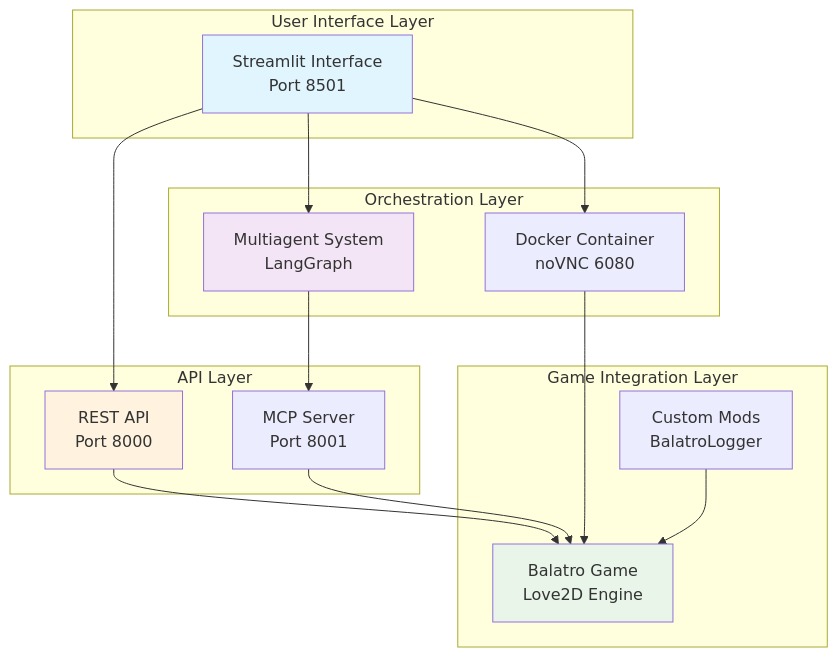
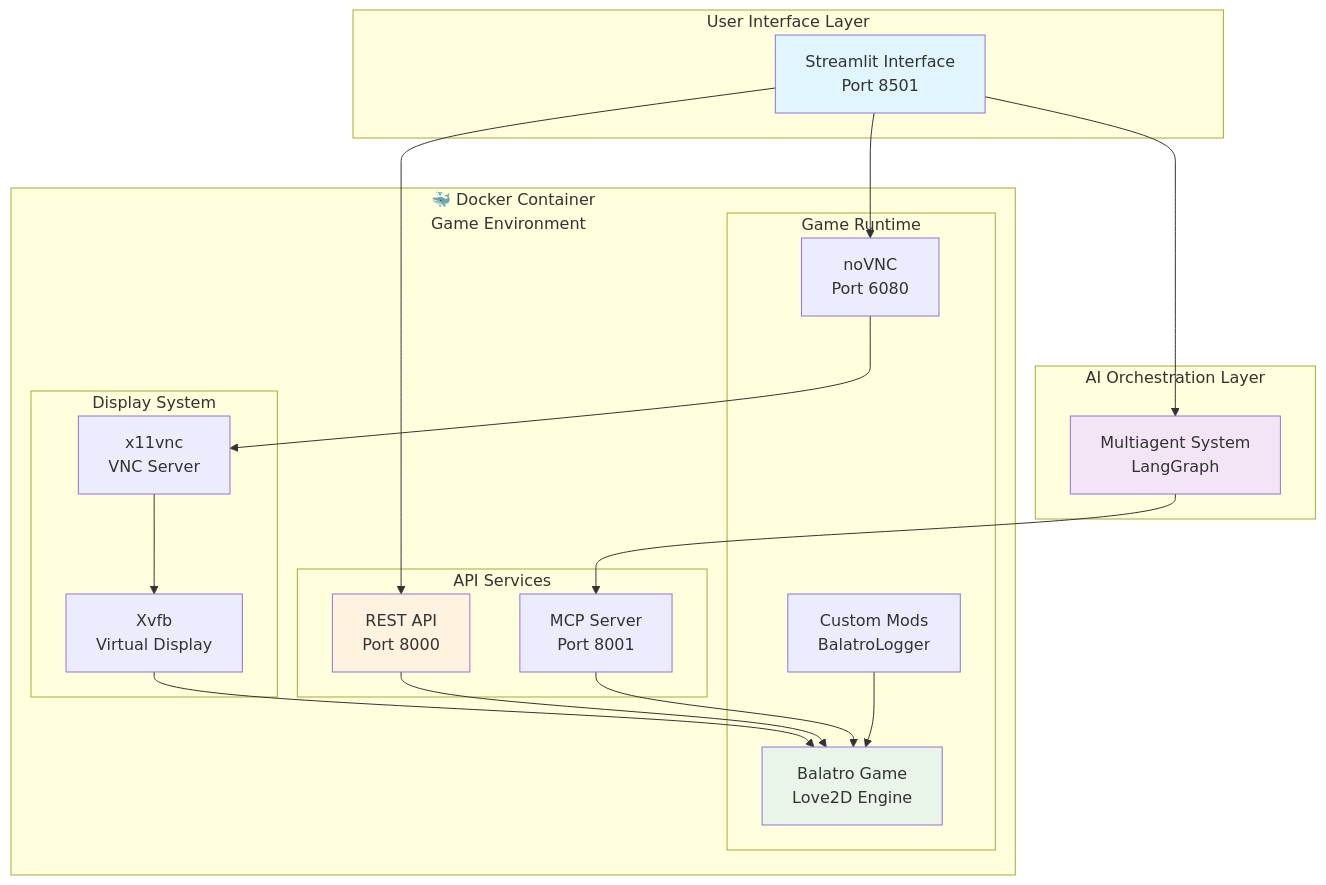
Before and after one commit to Javier-Jimenez99/JokerNet: the first of 3 diagrams in README.md, drawn with Mermaid. The commit also changed other lines of this file, not shown here.

````diff
--- a/README.md
+++ b/README.md
@@ -59,35 +59,45 @@
 ```mermaid
 graph TB
     subgraph "User Interface Layer"
         A[Streamlit Interface<br/>Port 8501]
     end
 
-    subgraph "Orchestration Layer"
-        B[Docker Container<br/>noVNC 6080]
+    subgraph "AI Orchestration Layer"
         C[Multiagent System<br/>LangGraph]
     end
 
-    subgraph "Game Integration Layer"
-        D[Balatro Game<br/>Love2D Engine]
-        E[Custom Mods<br/>BalatroLogger]
-    end
+    subgraph "🐳 Docker Container<br/>Game Environment"
+        subgraph "API Services"
+            F[REST API<br/>Port 8000]
+            G[MCP Server<br/>Port 8001]
+        end
 
-    subgraph "API Layer"
-        F[REST API<br/>Port 8000]
-        G[MCP Server<br/>Port 8001]
+        subgraph "Game Runtime"
+            B[noVNC<br/>Port 6080]
+            D[Balatro Game<br/>Love2D Engine]
+            E[Custom Mods<br/>BalatroLogger]
+        end
+
+        subgraph "Display System"
+            H[Xvfb<br/>Virtual Display]
+            I[x11vnc<br/>VNC Server]
+        end
+
+        B --> I
+        I --> H
+        H --> D
+        F --> D
+        G --> D
+        E --> D
     end
 
     A --> F
     A --> B
     A --> C
     C --> G
-    F --> D
-    G --> D
-    B --> D
-    E --> D
 
     style A fill:#e1f5fe
     style C fill:#f3e5f5
     style D fill:#e8f5e8
     style F fill:#fff3e0
 ```
````
